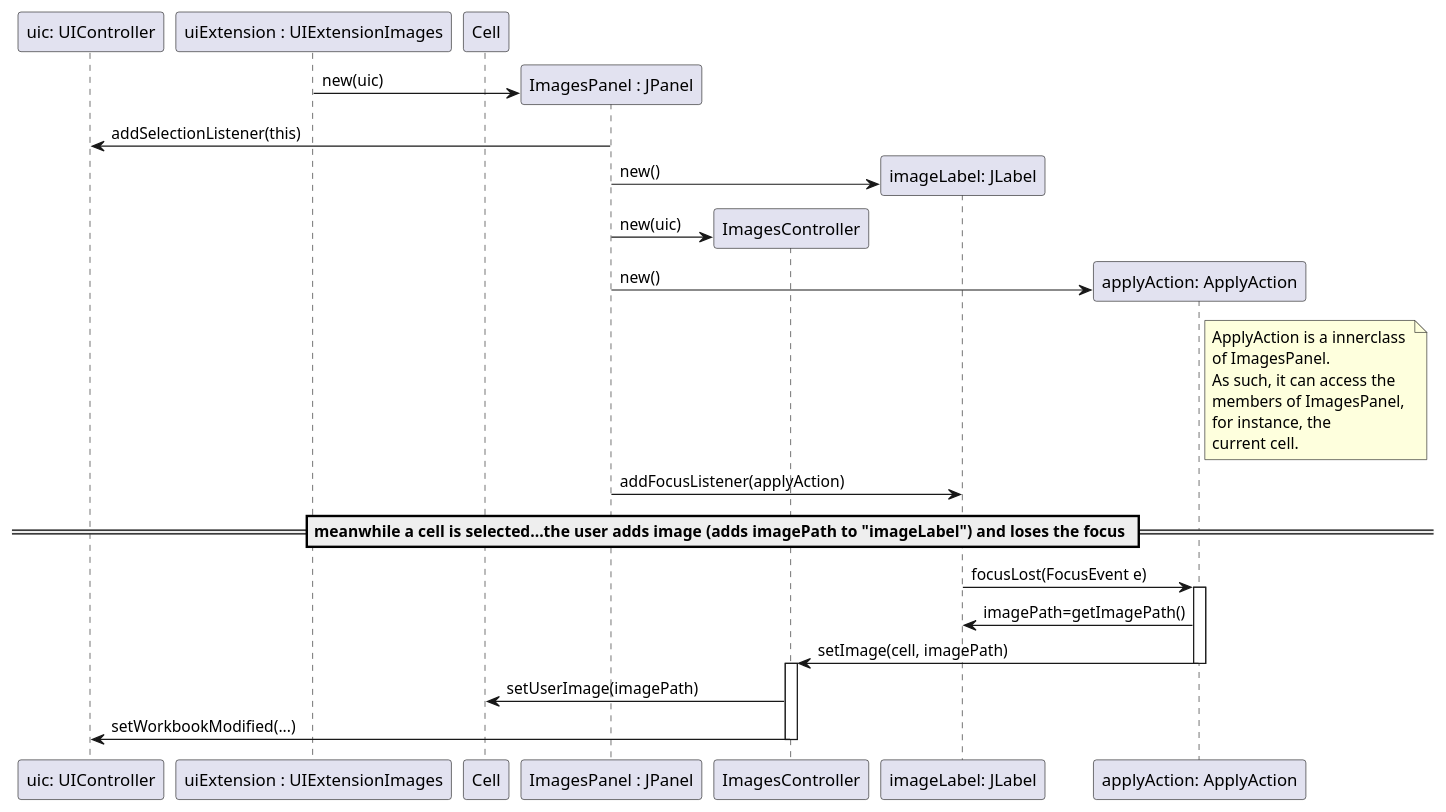
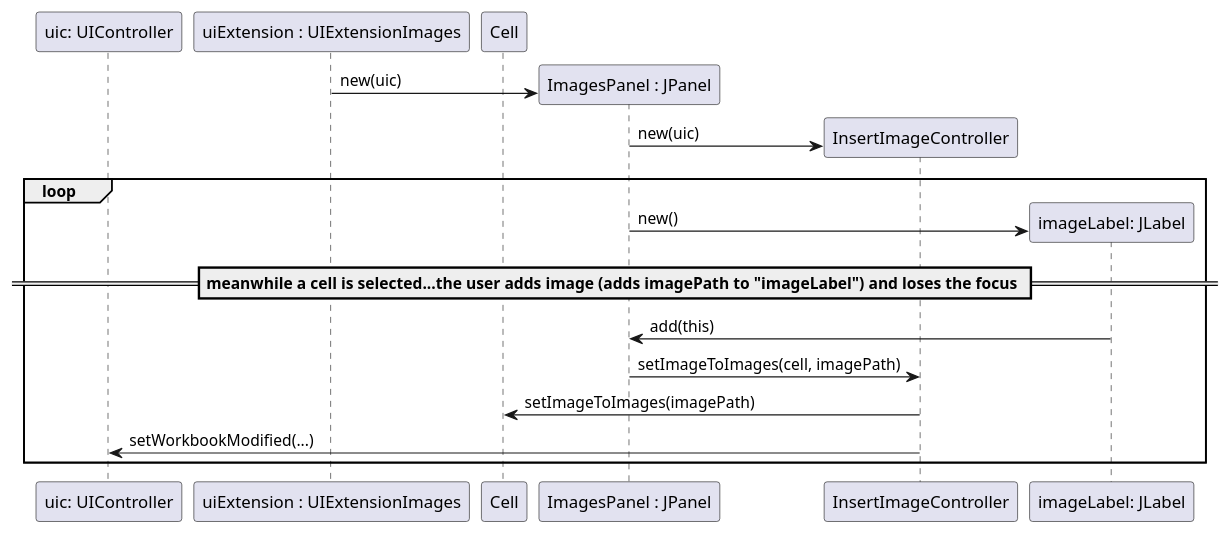
The diagram in src/main/java/lapr4/blue/s3/core/n1141570/insertImage/core06_01_design3.puml (MikeTekOn/lapr4-2017-2dd), drawn with PlantUML before and after one commit. The commit also changed 4 other files, not shown here.

```diff
--- a/src/main/java/lapr4/blue/s3/core/n1141570/insertImage/core06_01_design3.puml
+++ b/src/main/java/lapr4/blue/s3/core/n1141570/insertImage/core06_01_design3.puml
@@ -1,49 +1,33 @@
 @startuml core02_01_design3.png
     participant "uic: UIController" as uic
     participant "uiExtension : UIExtensionImages" as UIExt
     participant "Cell" as cell
     participant "ImagesPanel : JPanel" as ip
-    participant "ImagesController" as ctrl
+    participant "InsertImageController" as ctrl
     participant "imageLabel: JLabel" as imageLabel
-    participant "applyAction: ApplyAction" as applyAction
 
     create ip
     UIExt -> ip :  new(uic) 
 
-    ip -> uic : addSelectionListener(this)
-    
-    create imageLabel
-    ip -> imageLabel: new()
-
     create ctrl
     ip -> ctrl : new(uic)
 
-    create applyAction
-    ip -> applyAction : new()
+    loop
 
-    note right of applyAction
-        ApplyAction is a innerclass 
-        of ImagesPanel.
-        As such, it can access the 
-        members of ImagesPanel,
-        for instance, the
-        current cell.
-    end note
-
-    ip -> imageLabel : addFocusListener(applyAction)
+    create imageLabel
+    ip -> imageLabel : new()
 
     == meanwhile a cell is selected...the user adds image (adds imagePath to "imageLabel") and loses the focus ==
 
 
-    imageLabel -> applyAction : focusLost(FocusEvent e)
-    activate applyAction
-    applyAction -> imageLabel : imagePath=getImagePath()
-    applyAction -> ctrl : setImage(cell, imagePath)
-    deactivate applyAction
+    imageLabel -> ip : add(this)
+    
+    ip -> ctrl : setImageToImages(cell, imagePath)
 
-    activate ctrl
-    ctrl -> cell : setUserImage(imagePath)
+    ctrl -> cell : setImageToImages(imagePath)
+    
     ctrl -> uic : setWorkbookModified(...)
-    deactivate ctrl
+    
+    end
 
 @enduml
```
